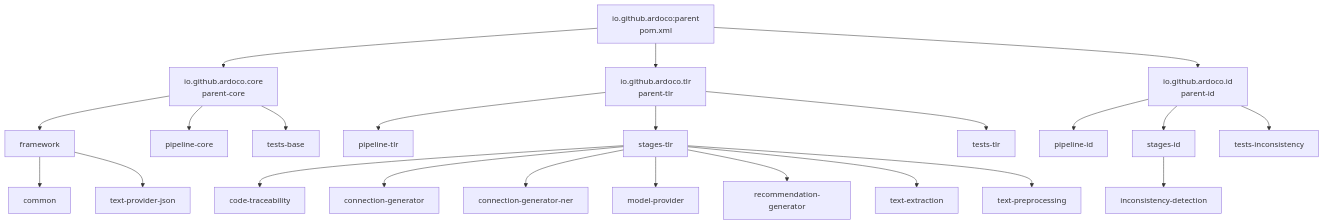
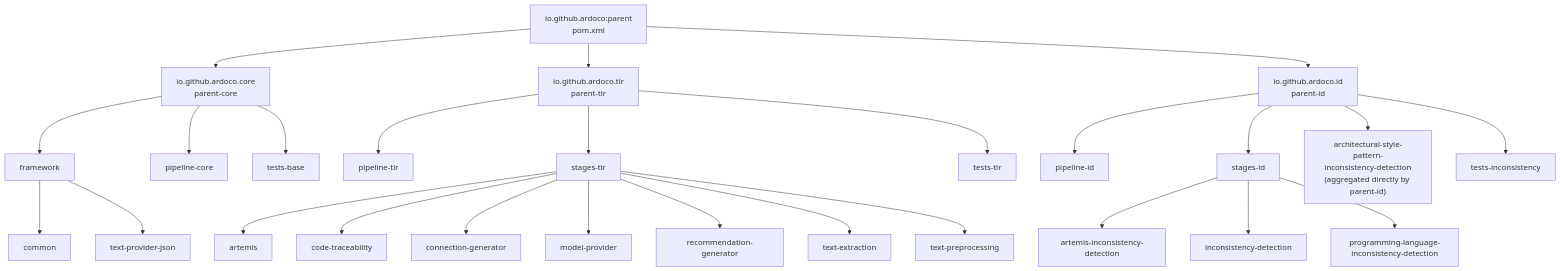
The first of 2 diagrams in openwiki/operations.md (ardoco/ardoco), drawn with Mermaid before and after one commit. The commit also changed other lines of this file and 15 other files, not shown here.

````diff
--- a/openwiki/operations.md
+++ b/openwiki/operations.md
@@ -147,25 +151,28 @@
 ```mermaid
 flowchart TD
     ROOT["io.github.ardoco:parent<br/>pom.xml"] --> CORE["io.github.ardoco.core<br/>parent-core"]
     ROOT --> TLR["io.github.ardoco.tlr<br/>parent-tlr"]
     ROOT --> ID["io.github.ardoco.id<br/>parent-id"]
     CORE --> FW["framework"]
     FW --> COMMON["common"]
     FW --> TPJ["text-provider-json"]
     CORE --> PCORE["pipeline-core"]
     CORE --> TBASE["tests-base"]
     TLR --> PTLR["pipeline-tlr"]
     TLR --> STAGES["stages-tlr"]
+    STAGES --> S0["artemis"]
     STAGES --> S1["code-traceability"]
     STAGES --> S2["connection-generator"]
-    STAGES --> S3["connection-generator-ner"]
     STAGES --> S4["model-provider"]
     STAGES --> S5["recommendation-generator"]
     STAGES --> S6["text-extraction"]
     STAGES --> S7["text-preprocessing"]
     TLR --> TTESTS["tests-tlr"]
     ID --> PID["pipeline-id"]
     ID --> SID["stages-id"]
+    SID --> IDA["artemis-inconsistency-detection"]
     SID --> IDSTAGE["inconsistency-detection"]
+    SID --> IDPL["programming-language-inconsistency-detection"]
+    ID --> IDASP["architectural-style-pattern-<br/>inconsistency-detection<br/>(aggregated directly by parent-id)"]
     ID --> TINC["tests-inconsistency"]
 ```
````
